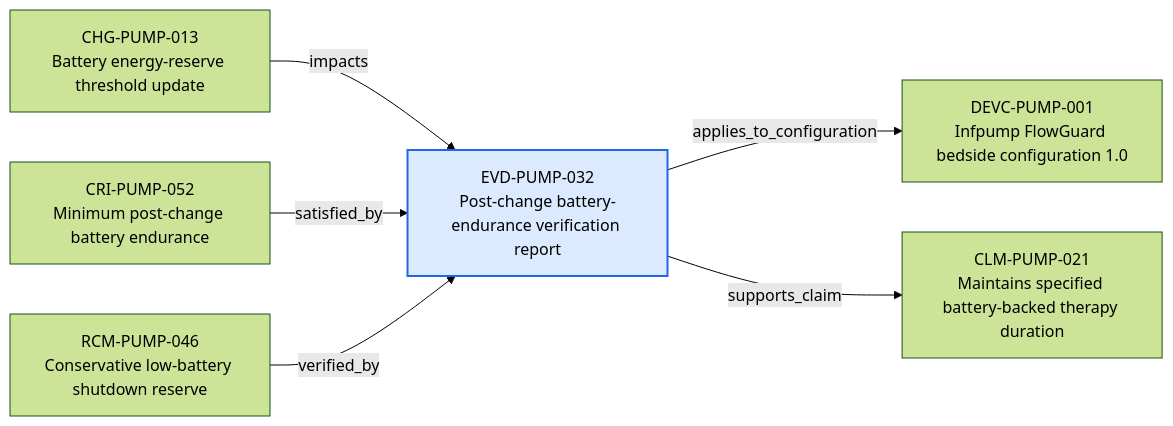
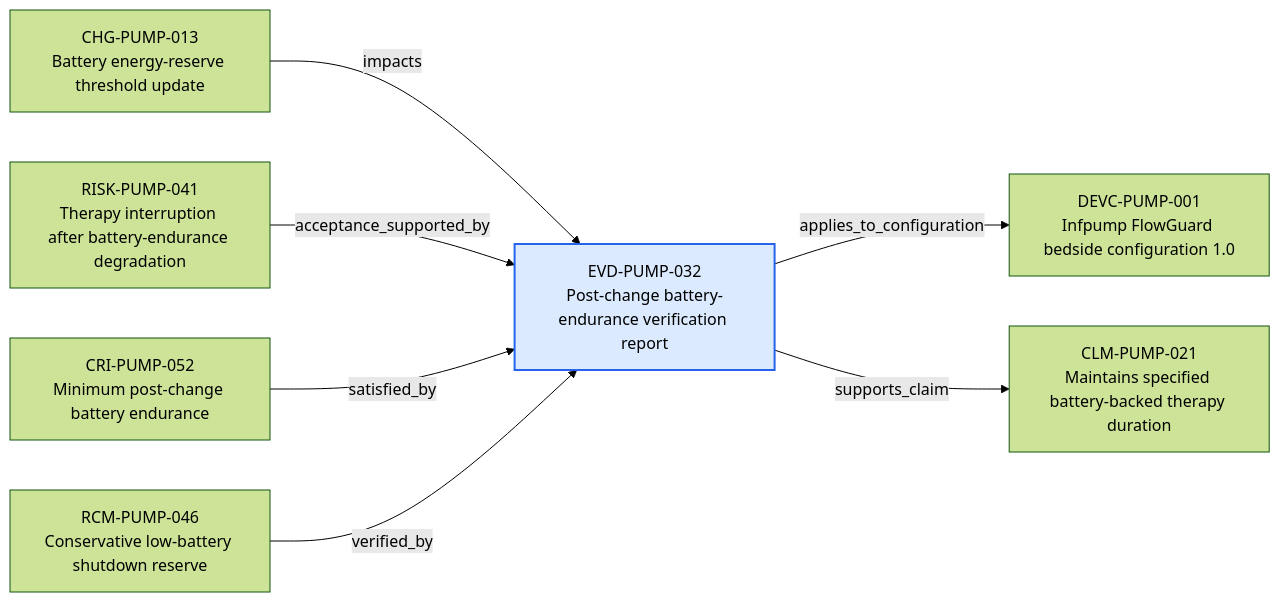
Before and after one commit to mvattulainen/mdrontology: the diagram in content/06-Infpump FlowGuard ontology notes/verification-evidence/EVD-PUMP-032-post-change-battery-endurance-verification-report.md, drawn with Mermaid (forest theme). The commit also changed other lines of this file and 220 other files, not shown here.

````diff
--- a/content/06-Infpump FlowGuard ontology notes/verification-evidence/EVD-PUMP-032-post-change-battery-endurance-verification-report.md
+++ b/content/06-Infpump FlowGuard ontology notes/verification-evidence/EVD-PUMP-032-post-change-battery-endurance-verification-report.md
@@ -81,16 +81,18 @@
 ```mermaid
 flowchart LR
   CURRENT["EVD-PUMP-032<br/>Post-change battery-endurance verification report"]
   PREV0["CHG-PUMP-013<br/>Battery energy-reserve threshold update"]
   PREV0 -->|"impacts"| CURRENT
-  PREV1["CRI-PUMP-052<br/>Minimum post-change battery endurance"]
-  PREV1 -->|"satisfied_by"| CURRENT
-  PREV2["RCM-PUMP-046<br/>Conservative low-battery shutdown reserve"]
-  PREV2 -->|"verified_by"| CURRENT
+  PREV1["RISK-PUMP-041<br/>Therapy interruption after battery-endurance degradation"]
+  PREV1 -->|"acceptance_supported_by"| CURRENT
+  PREV2["CRI-PUMP-052<br/>Minimum post-change battery endurance"]
+  PREV2 -->|"satisfied_by"| CURRENT
+  PREV3["RCM-PUMP-046<br/>Conservative low-battery shutdown reserve"]
+  PREV3 -->|"verified_by"| CURRENT
   NEXT0["DEVC-PUMP-001<br/>Infpump FlowGuard bedside configuration 1.0"]
   CURRENT -->|"applies_to_configuration"| NEXT0
   NEXT1["CLM-PUMP-021<br/>Maintains specified battery-backed therapy duration"]
   CURRENT -->|"supports_claim"| NEXT1
   classDef current fill:#dbeafe,stroke:#2563eb,stroke-width:2px
   class CURRENT current
 ```
````
